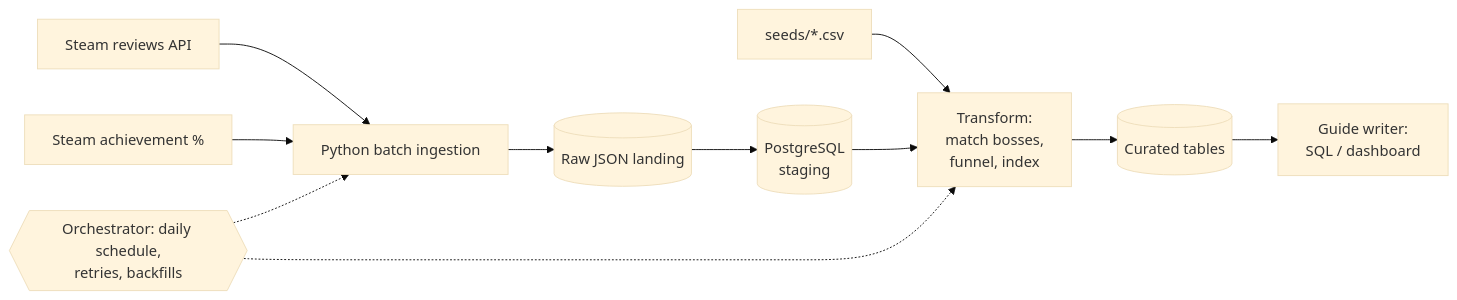
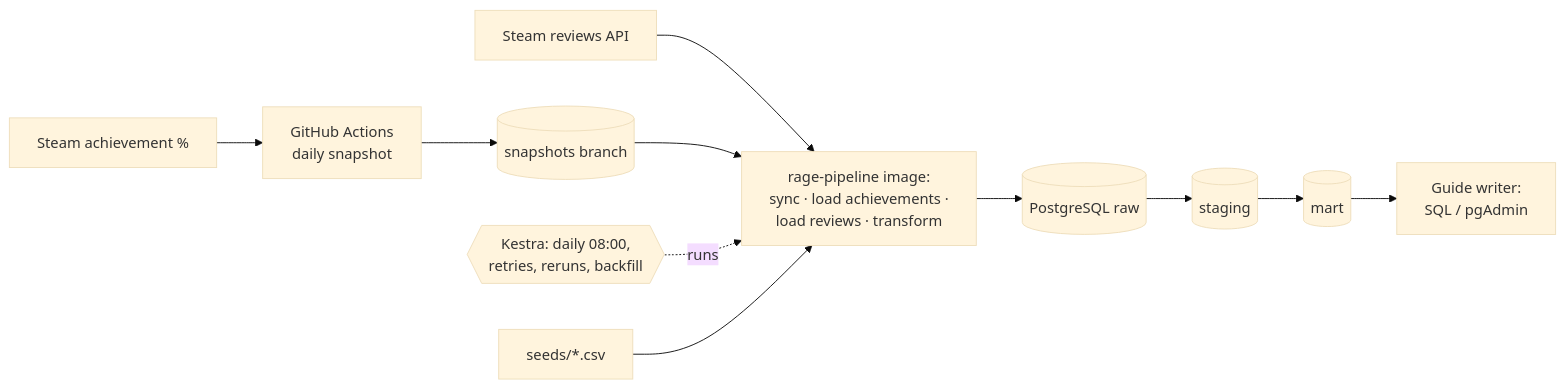
The diagram in README.md (nee-source/elden-ring-rage-index), drawn with Mermaid (base theme) before and after one commit. The commit also changed other lines of this file and 3 other files, not shown here.

Commit message:
add architecture v0.2

````diff
--- a/README.md
+++ b/README.md
@@ -35,12 +35,11 @@
 ```mermaid
 flowchart LR
-    R[Steam reviews API] --> I[Python batch ingestion]
-    A[Steam achievement %] --> I
-    I --> L[(Raw JSON landing)]
-    L --> P[(PostgreSQL<br/>staging)]
-    SEED[seeds/*.csv] --> T
-    P --> T[Transform:<br/>match bosses,<br/>funnel, index]
-    T --> M[(Curated tables)]
-    M --> U[Guide writer:<br/>SQL / dashboard]
-    O{{Orchestrator: daily schedule,<br/>retries, backfills}} -.-> I & T
+    A[Steam achievement %] --> GA[GitHub Actions<br/>daily snapshot]
+    GA --> SB[(snapshots branch)]
+    R[Steam reviews API] --> P
+    SB --> P[rage-pipeline image:<br/>sync · load achievements ·<br/>load reviews · transform]
+    K{{Kestra: daily 08:00,<br/>retries, reruns, backfill}} -.runs.-> P
+    P --> RAW[(PostgreSQL raw)] --> STG[(staging)] --> MART[(mart)]
+    SEED[seeds/*.csv] --> P
+    MART --> U[Guide writer:<br/>SQL / pgAdmin]
 ```
````
